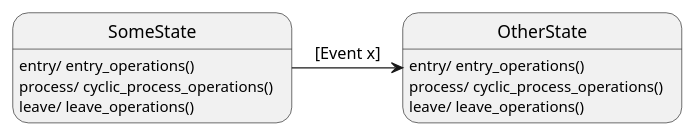
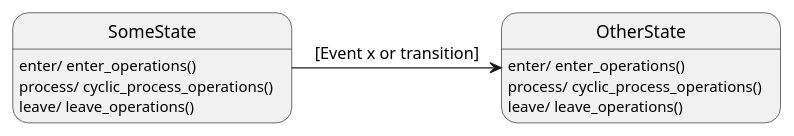
Before and after one commit to nhjschulz/cfsm: the diagram in doc/cfsm_context.puml, drawn with PlantUML.

Commit message:
doc: fix cfsm_context diagram
* entry -> enter
* COntext -> Context
* add transition to stste change guard

```diff
--- a/doc/cfsm_context.puml
+++ b/doc/cfsm_context.puml
@@ -1,15 +1,16 @@
-@startuml CFSM COntext
+@startuml CFSM Context
+
 state  SomeState
 state OtherState
 
-SomeState : entry/ entry_operations()
+SomeState : enter/ enter_operations()
 SomeState : process/ cyclic_process_operations()
 SomeState : leave/ leave_operations()
 
-OtherState : entry/ entry_operations()
+OtherState : enter/ enter_operations()
 OtherState : process/ cyclic_process_operations()
 OtherState : leave/ leave_operations()
 
-SomeState -r-> OtherState : [Event x]
+SomeState -r-> OtherState : [Event x or transition]
 
 @enduml
```
